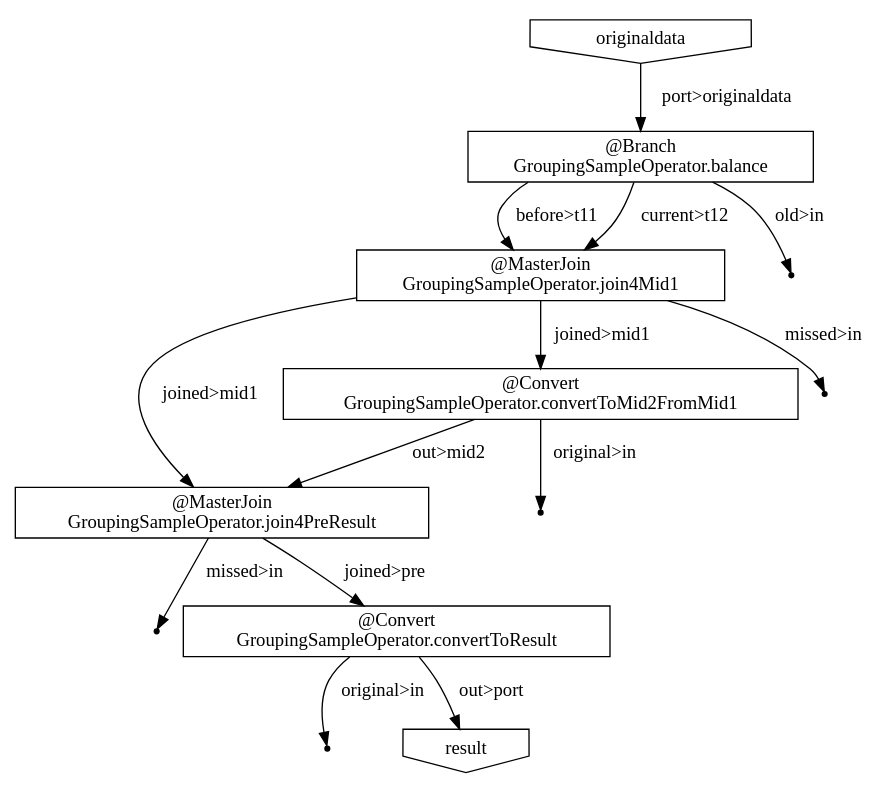
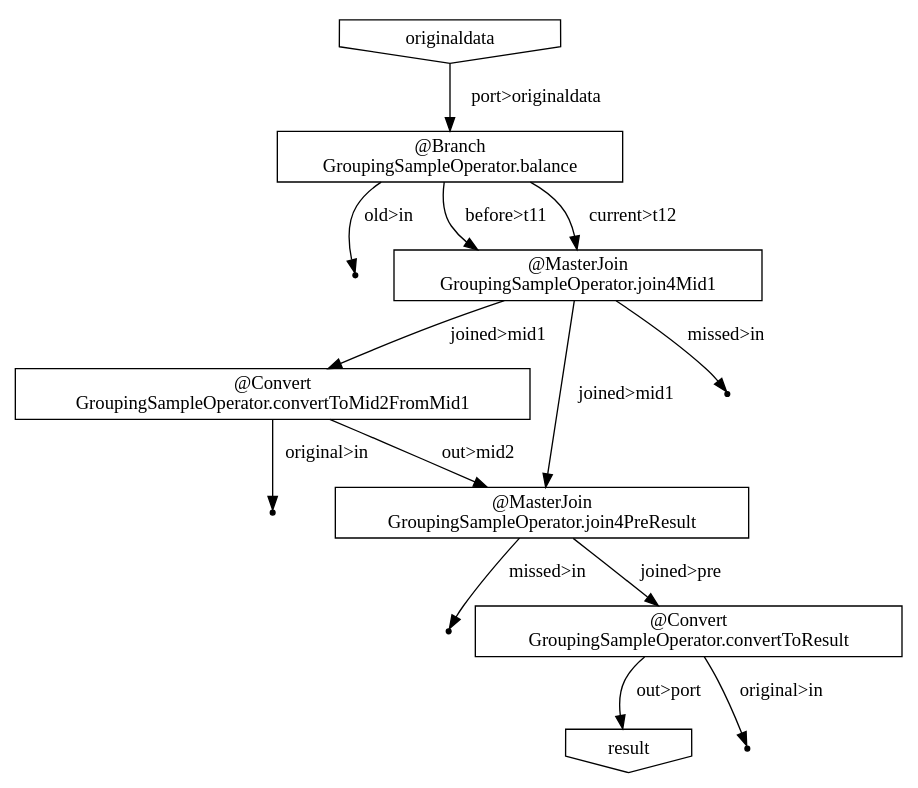
One commit to ironpeace/AsakusaGroupingSample changed the diagram in target/batchcwork/gsBatch/TheGroupingSampleJobFlow/build/bin/META-INF/visualize/flowgraph.dot. Above: the diagram before and after it, drawn with Graphviz. The commit also changed 98 other files, not shown here.

```diff
--- a/target/batchcwork/gsBatch/TheGroupingSampleJobFlow/build/bin/META-INF/visualize/flowgraph.dot
+++ b/target/batchcwork/gsBatch/TheGroupingSampleJobFlow/build/bin/META-INF/visualize/flowgraph.dot
@@ -1,27 +1,27 @@
 digraph {
-    "acd58849-3d09-42ae-b0f4-0b768ea267d4" [shape=box, label="@MasterJoin\nGroupingSampleOperator.join4PreResult"];
-    "ea5e9385-d8e7-4dc4-bc21-d6bc1384167f" [shape=box, label="@Convert\nGroupingSampleOperator.convertToMid2FromMid1"];
-    "25b2aa88-018e-417a-89c9-afca5ab64bbe" [shape=point];
-    "923222c8-6d28-42d3-b77b-239eaaa1962f" [shape=invhouse, label="originaldata"];
-    "0d10b176-b386-408e-afcc-9de9015a7f1e" [shape=point];
-    "ab09d3d5-7c02-4fb2-86f1-c9aba037711d" [shape=box, label="@Branch\nGroupingSampleOperator.balance"];
-    "5029e15e-28aa-4ecd-8320-cd4044fa5cd7" [shape=point];
-    "2b482d87-c447-4dc4-b05b-cd0adbf30eaf" [shape=invhouse, label="result"];
-    "77c0c9f3-fa10-40bf-966c-fadff0fdf554" [shape=point];
-    "3ebe4424-0cc6-4668-8ca9-6e4bc884d4b8" [shape=box, label="@MasterJoin\nGroupingSampleOperator.join4Mid1"];
-    "17324720-33a5-49ae-8aaf-c1ee7a9e9f68" [shape=box, label="@Convert\nGroupingSampleOperator.convertToResult"];
-    "39707b84-0d6a-43de-8848-87bd26eb77d9" [shape=point];
-    "acd58849-3d09-42ae-b0f4-0b768ea267d4" -> "17324720-33a5-49ae-8aaf-c1ee7a9e9f68" [label="joined>pre"];
-    "acd58849-3d09-42ae-b0f4-0b768ea267d4" -> "5029e15e-28aa-4ecd-8320-cd4044fa5cd7" [label="missed>in"];
-    "ea5e9385-d8e7-4dc4-bc21-d6bc1384167f" -> "77c0c9f3-fa10-40bf-966c-fadff0fdf554" [label="original>in"];
-    "ea5e9385-d8e7-4dc4-bc21-d6bc1384167f" -> "acd58849-3d09-42ae-b0f4-0b768ea267d4" [label="out>mid2"];
-    "923222c8-6d28-42d3-b77b-239eaaa1962f" -> "ab09d3d5-7c02-4fb2-86f1-c9aba037711d" [label="port>originaldata"];
-    "ab09d3d5-7c02-4fb2-86f1-c9aba037711d" -> "3ebe4424-0cc6-4668-8ca9-6e4bc884d4b8" [label="before>t11"];
-    "ab09d3d5-7c02-4fb2-86f1-c9aba037711d" -> "3ebe4424-0cc6-4668-8ca9-6e4bc884d4b8" [label="current>t12"];
-    "ab09d3d5-7c02-4fb2-86f1-c9aba037711d" -> "39707b84-0d6a-43de-8848-87bd26eb77d9" [label="old>in"];
-    "3ebe4424-0cc6-4668-8ca9-6e4bc884d4b8" -> "acd58849-3d09-42ae-b0f4-0b768ea267d4" [label="joined>mid1"];
-    "3ebe4424-0cc6-4668-8ca9-6e4bc884d4b8" -> "ea5e9385-d8e7-4dc4-bc21-d6bc1384167f" [label="joined>mid1"];
-    "3ebe4424-0cc6-4668-8ca9-6e4bc884d4b8" -> "0d10b176-b386-408e-afcc-9de9015a7f1e" [label="missed>in"];
-    "17324720-33a5-49ae-8aaf-c1ee7a9e9f68" -> "25b2aa88-018e-417a-89c9-afca5ab64bbe" [label="original>in"];
-    "17324720-33a5-49ae-8aaf-c1ee7a9e9f68" -> "2b482d87-c447-4dc4-b05b-cd0adbf30eaf" [label="out>port"];
+    "4b7c91b0-91c7-4baf-b0e2-23a7082c570c" [shape=box, label="@Convert\nGroupingSampleOperator.convertToMid2FromMid1"];
+    "226fa55a-3b35-486f-9b16-579c0ba0d3be" [shape=point];
+    "1d0c6135-1b62-4be8-9f85-06560ece8616" [shape=point];
+    "fe3a37e6-3b97-473a-821d-fe4f1a3a8f61" [shape=invhouse, label="result"];
+    "c57b0b94-bdab-4c21-8ad8-0a21f36051e6" [shape=point];
+    "6eb16189-a21c-4fcb-a64a-29e69caa5561" [shape=box, label="@MasterJoin\nGroupingSampleOperator.join4PreResult"];
+    "f27fedb2-16d8-472c-a60b-2adda77abe48" [shape=point];
+    "6cbe5c99-4cc1-4074-967d-5e146c0ae93d" [shape=box, label="@MasterJoin\nGroupingSampleOperator.join4Mid1"];
+    "0063b07e-28c1-4de2-adff-8c74873c355f" [shape=point];
+    "73e64c10-8a8d-420f-850e-4280b468d56f" [shape=box, label="@Branch\nGroupingSampleOperator.balance"];
+    "222815e8-2729-445b-9d4e-a5cbe8c23881" [shape=invhouse, label="originaldata"];
+    "933d1af7-0861-4fdf-965b-290a44327f19" [shape=box, label="@Convert\nGroupingSampleOperator.convertToResult"];
+    "4b7c91b0-91c7-4baf-b0e2-23a7082c570c" -> "1d0c6135-1b62-4be8-9f85-06560ece8616" [label="original>in"];
+    "4b7c91b0-91c7-4baf-b0e2-23a7082c570c" -> "6eb16189-a21c-4fcb-a64a-29e69caa5561" [label="out>mid2"];
+    "6eb16189-a21c-4fcb-a64a-29e69caa5561" -> "933d1af7-0861-4fdf-965b-290a44327f19" [label="joined>pre"];
+    "6eb16189-a21c-4fcb-a64a-29e69caa5561" -> "c57b0b94-bdab-4c21-8ad8-0a21f36051e6" [label="missed>in"];
+    "6cbe5c99-4cc1-4074-967d-5e146c0ae93d" -> "6eb16189-a21c-4fcb-a64a-29e69caa5561" [label="joined>mid1"];
+    "6cbe5c99-4cc1-4074-967d-5e146c0ae93d" -> "4b7c91b0-91c7-4baf-b0e2-23a7082c570c" [label="joined>mid1"];
+    "6cbe5c99-4cc1-4074-967d-5e146c0ae93d" -> "0063b07e-28c1-4de2-adff-8c74873c355f" [label="missed>in"];
+    "73e64c10-8a8d-420f-850e-4280b468d56f" -> "6cbe5c99-4cc1-4074-967d-5e146c0ae93d" [label="before>t11"];
+    "73e64c10-8a8d-420f-850e-4280b468d56f" -> "6cbe5c99-4cc1-4074-967d-5e146c0ae93d" [label="current>t12"];
+    "73e64c10-8a8d-420f-850e-4280b468d56f" -> "226fa55a-3b35-486f-9b16-579c0ba0d3be" [label="old>in"];
+    "222815e8-2729-445b-9d4e-a5cbe8c23881" -> "73e64c10-8a8d-420f-850e-4280b468d56f" [label="port>originaldata"];
+    "933d1af7-0861-4fdf-965b-290a44327f19" -> "f27fedb2-16d8-472c-a60b-2adda77abe48" [label="original>in"];
+    "933d1af7-0861-4fdf-965b-290a44327f19" -> "fe3a37e6-3b97-473a-821d-fe4f1a3a8f61" [label="out>port"];
 }
```
